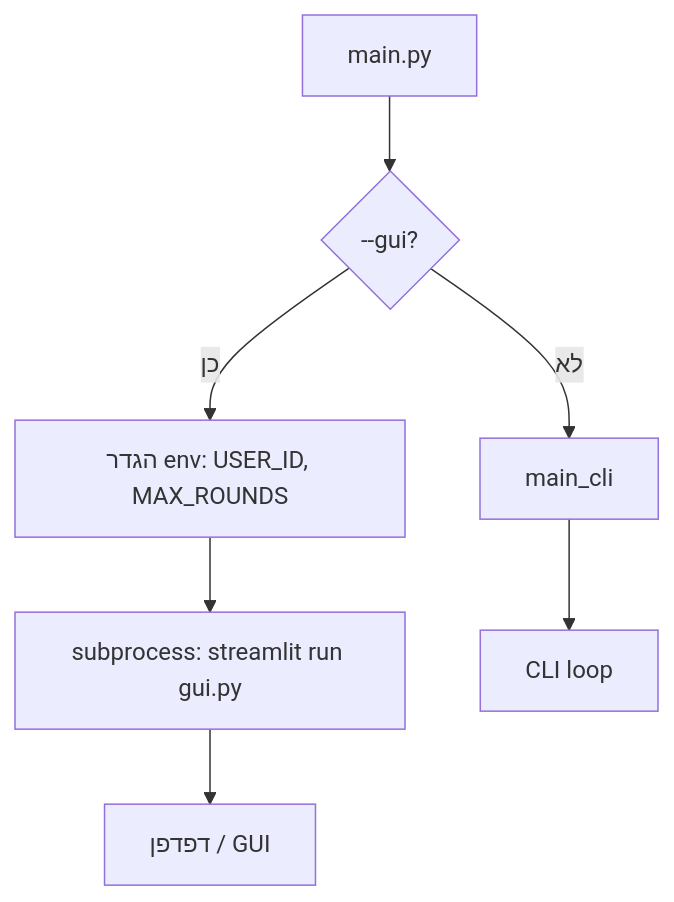
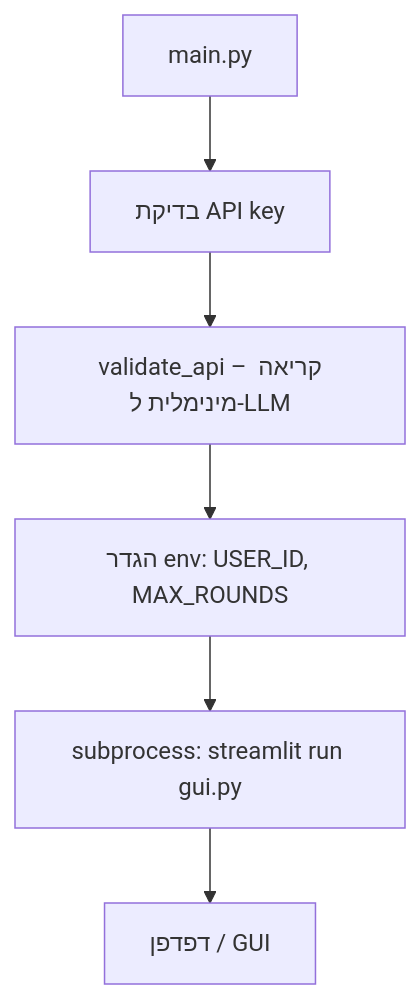
One commit to Sara-Ayash/CloudMigrationSimulationAgent changed the second of 9 diagrams in docs/FLOW_DIAGRAM.md. Above: the diagram before and after it, drawn with Mermaid. The commit also changed other lines of this file and 2 other files, not shown here.

Commit message:
Update README and documentation to reflect GUI-only operation, enhance usage examples, and clarify API key requirements. Improve flow diagrams to illustrate simulation processes and evaluation feedback animations.

````diff
--- a/docs/FLOW_DIAGRAM.md
+++ b/docs/FLOW_DIAGRAM.md
@@ -44,9 +41,8 @@
 ```mermaid
 flowchart TD
-    A[main.py] --> B{--gui?}
-    B -->|כן| C[הגדר env: USER_ID, MAX_ROUNDS]
-    C --> D[subprocess: streamlit run gui.py]
-    D --> E[דפדפן / GUI]
-    B -->|לא| F[main_cli]
-    F --> G[CLI loop]
+    A[main.py] --> B[בדיקת API key]
+    B --> C[validate_api – קריאה מינימלית ל-LLM]
+    C --> D[הגדר env: USER_ID, MAX_ROUNDS]
+    D --> E[subprocess: streamlit run gui.py]
+    E --> F[דפדפן / GUI]
 ```
````
